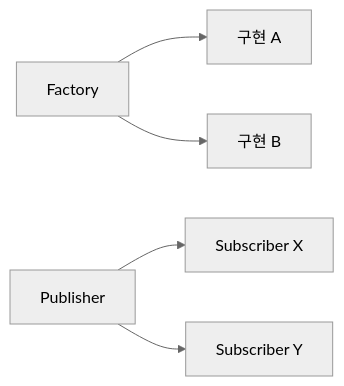
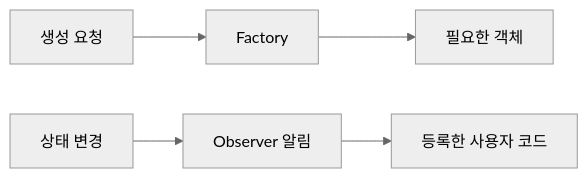
Before and after one commit to moocongpapa/it-study: the diagram in content/topics/design-patterns.md, drawn with Mermaid (neutral theme). The commit also changed other lines of this file and 71 other files, not shown here.

````diff
--- a/content/topics/design-patterns.md
+++ b/content/topics/design-patterns.md
@@ -6,7 +20,5 @@
 ```mermaid
 flowchart LR
-  F["Factory"] --> A["구현 A"]
-  F --> B["구현 B"]
-  S["Publisher"] --> X["Subscriber X"]
-  S --> Y["Subscriber Y"]
+ A["생성 요청"] --> B["Factory"] --> C["필요한 객체"]
+ D["상태 변경"] --> E["Observer 알림"] --> F["등록한 사용자 코드"]
 ```
````
